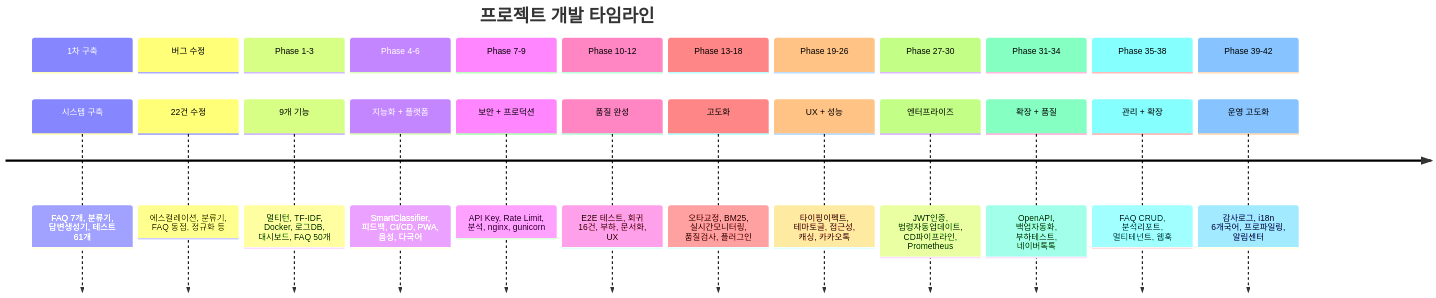
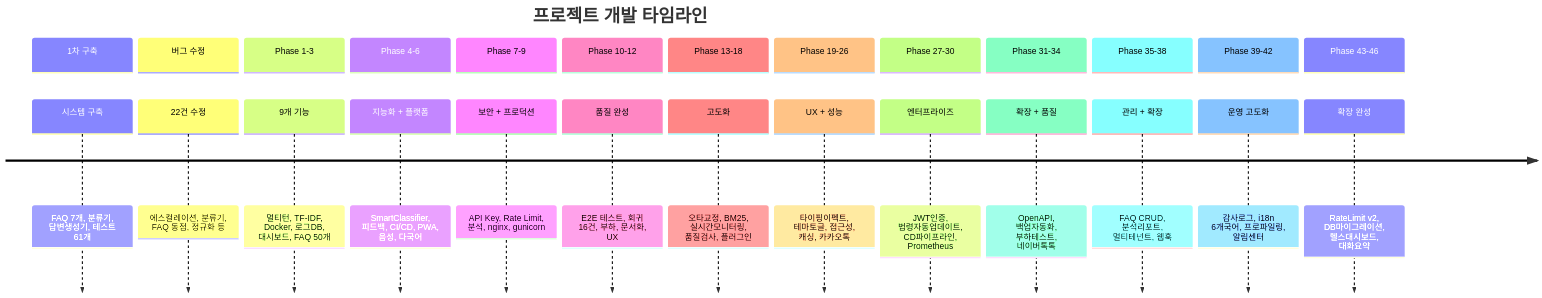
The sixth of 6 diagrams in README.md (sun475300-sudo/bosebot), drawn with Mermaid before and after one commit. The commit also changed other lines of this file and 29 other files, not shown here.

````diff
--- a/README.md
+++ b/README.md
@@ -459,28 +459,30 @@
 ```mermaid
 timeline
     title 프로젝트 개발 타임라인
     section 1차 구축
         시스템 구축 : FAQ 7개, 분류기, 답변생성기, 테스트 61개
     section 버그 수정
         22건 수정 : 에스컬레이션, 분류기, FAQ 동점, 정규화 등
     section Phase 1-3
         9개 기능 : 멀티턴, TF-IDF, Docker, 로그DB, 대시보드, FAQ 50개
     section Phase 4-6
         지능화 + 플랫폼 : SmartClassifier, 피드백, CI/CD, PWA, 음성, 다국어
     section Phase 7-9
         보안 + 프로덕션 : API Key, Rate Limit, 분석, nginx, gunicorn
     section Phase 10-12
         품질 완성 : E2E 테스트, 회귀 16건, 부하, 문서화, UX
     section Phase 13-18
         고도화 : 오타교정, BM25, 실시간모니터링, 품질검사, 플러그인
     section Phase 19-26
         UX + 성능 : 타이핑이펙트, 테마토글, 접근성, 캐싱, 카카오톡
     section Phase 27-30
         엔터프라이즈 : JWT인증, 법령자동업데이트, CD파이프라인, Prometheus
     section Phase 31-34
         확장 + 품질 : OpenAPI, 백업자동화, 부하테스트, 네이버톡톡
     section Phase 35-38
         관리 + 확장 : FAQ CRUD, 분석리포트, 멀티테넌트, 웹훅
     section Phase 39-42
         운영 고도화 : 감사로그, i18n 6개국어, 프로파일링, 알림센터
+    section Phase 43-46
+        확장 완성 : RateLimit v2, DB마이그레이션, 헬스대시보드, 대화요약
 ```
````
